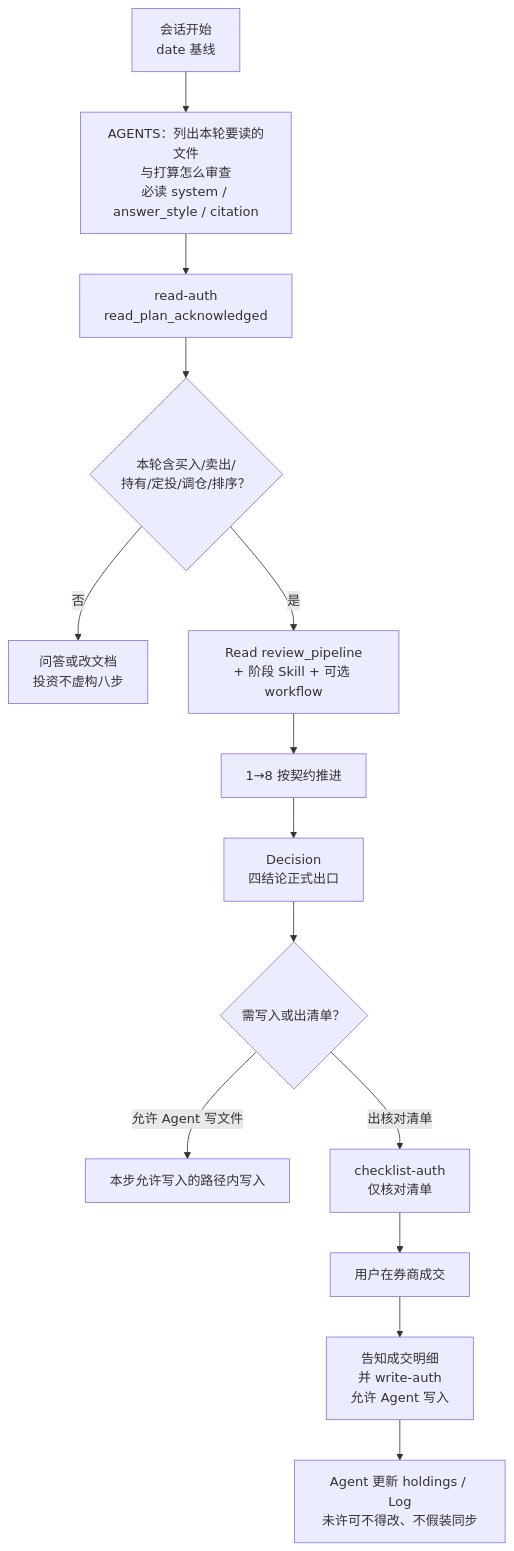
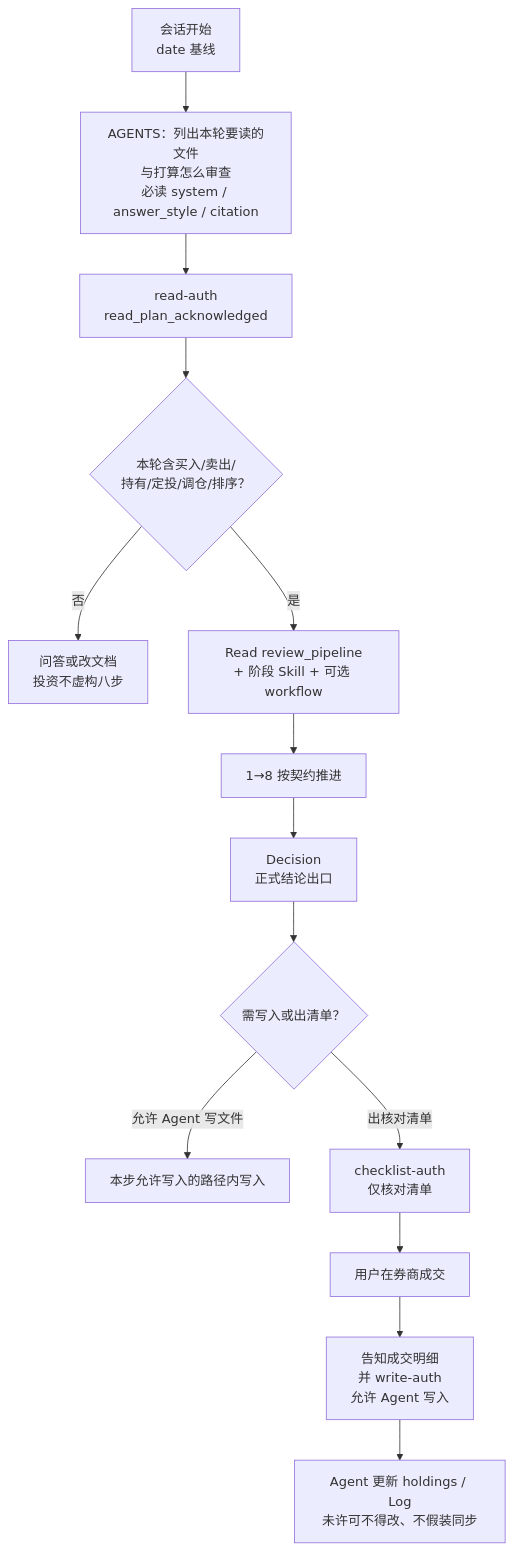
One commit to Meta11ic0/PIOS changed the second of 4 diagrams in ARCHITECTURE.md. Above: the diagram before and after it, drawn with Mermaid. The commit also changed other lines of this file, not shown here.

````diff
--- a/ARCHITECTURE.md
+++ b/ARCHITECTURE.md
@@ -187,16 +170,16 @@
 ```mermaid
 flowchart TD
   S["会话开始<br/>date 基线"] --> Load["AGENTS：列出本轮要读的文件<br/>与打算怎么审查<br/>必读 system / answer_style / citation"]
   Load --> A1["read-auth<br/>read_plan_acknowledged"]
   A1 --> Need{"本轮含买入/卖出/<br/>持有/定投/调仓/排序？"}
   Need -->|否| Other["问答或改文档<br/>投资不虚构八步"]
   Need -->|是| RP["Read review_pipeline<br/>+ 阶段 Skill + 可选 workflow"]
   RP --> Eight["1→8 按契约推进"]
-  Eight --> Dec["Decision<br/>四结论正式出口"]
+  Eight --> Dec["Decision<br/>正式结论出口"]
   Dec --> Auth{"需写入或出清单？"}
   Auth -->|允许 Agent 写文件| Write["本步允许写入的路径内写入"]
   Auth -->|出核对清单| List["checklist-auth<br/>仅核对清单"]
   List --> User["用户在券商成交"]
   User --> Tell["告知成交明细<br/>并 write-auth<br/>允许 Agent 写入"]
   Tell --> Back["Agent 更新 holdings / Log<br/>未许可不得改、不假装同步"]
 ```
````
